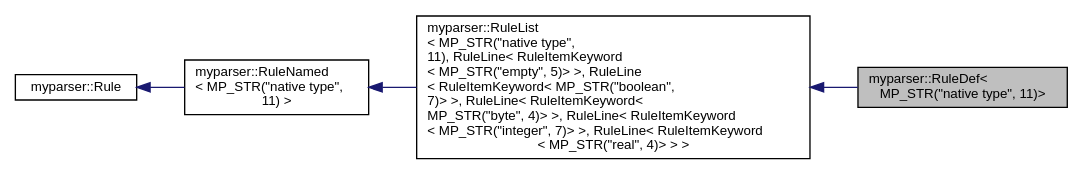
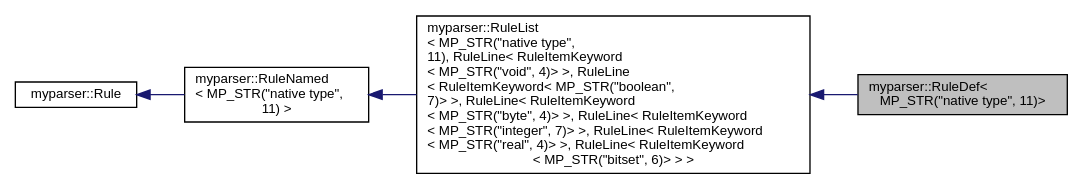
Before and after one commit to gaocegege/CompilerLab: the diagram in classmyparser_1_1RuleDef_3_01MP__STR_07"native_01type"_00_0111_08_4__coll__graph.dot, drawn with Graphviz. The commit also changed 675 other files, not shown here.

```diff
--- a/classmyparser_1_1RuleDef_3_01MP__STR_07"native_01type"_00_0111_08_4__coll__graph.dot
+++ b/classmyparser_1_1RuleDef_3_01MP__STR_07"native_01type"_00_0111_08_4__coll__graph.dot
@@ -1,13 +1,13 @@
 digraph "myparser::RuleDef&lt; MP_STR(&quot;native type&quot;, 11)&gt;"
 {
   edge [fontname="Helvetica",fontsize="10",labelfontname="Helvetica",labelfontsize="10"];
   node [fontname="Helvetica",fontsize="10",shape=record];
   rankdir="LR";
   Node1 [label="myparser::RuleDef\<\l MP_STR(\"native type\", 11)\>",height=0.2,width=0.4,color="black", fillcolor="grey75", style="filled" fontcolor="black"];
   Node2 -> Node1 [dir="back",color="midnightblue",fontsize="10",style="solid",fontname="Helvetica"];
-  Node2 [label="myparser::RuleList\l\< MP_STR(\"native type\",\l 11), RuleLine\< RuleItemKeyword\l\< MP_STR(\"empty\", 5)\> \>, RuleLine\l\< RuleItemKeyword\< MP_STR(\"boolean\",\l 7)\> \>, RuleLine\< RuleItemKeyword\<\l MP_STR(\"byte\", 4)\> \>, RuleLine\< RuleItemKeyword\l\< MP_STR(\"integer\", 7)\> \>, RuleLine\< RuleItemKeyword\l\< MP_STR(\"real\", 4)\> \> \>",height=0.2,width=0.4,color="black", fillcolor="white", style="filled",URL="$classmyparser_1_1RuleList.html"];
+  Node2 [label="myparser::RuleList\l\< MP_STR(\"native type\",\l 11), RuleLine\< RuleItemKeyword\l\< MP_STR(\"void\", 4)\> \>, RuleLine\l\< RuleItemKeyword\< MP_STR(\"boolean\",\l 7)\> \>, RuleLine\< RuleItemKeyword\l\< MP_STR(\"byte\", 4)\> \>, RuleLine\< RuleItemKeyword\l\< MP_STR(\"integer\", 7)\> \>, RuleLine\< RuleItemKeyword\l\< MP_STR(\"real\", 4)\> \>, RuleLine\< RuleItemKeyword\l\< MP_STR(\"bitset\", 6)\> \> \>",height=0.2,width=0.4,color="black", fillcolor="white", style="filled",URL="$classmyparser_1_1RuleList.html"];
   Node3 -> Node2 [dir="back",color="midnightblue",fontsize="10",style="solid",fontname="Helvetica"];
   Node3 [label="myparser::RuleNamed\l\< MP_STR(\"native type\",\l 11) \>",height=0.2,width=0.4,color="black", fillcolor="white", style="filled",URL="$classmyparser_1_1RuleNamed.html"];
   Node4 -> Node3 [dir="back",color="midnightblue",fontsize="10",style="solid",fontname="Helvetica"];
   Node4 [label="myparser::Rule",height=0.2,width=0.4,color="black", fillcolor="white", style="filled",URL="$classmyparser_1_1Rule.html"];
 }
```
